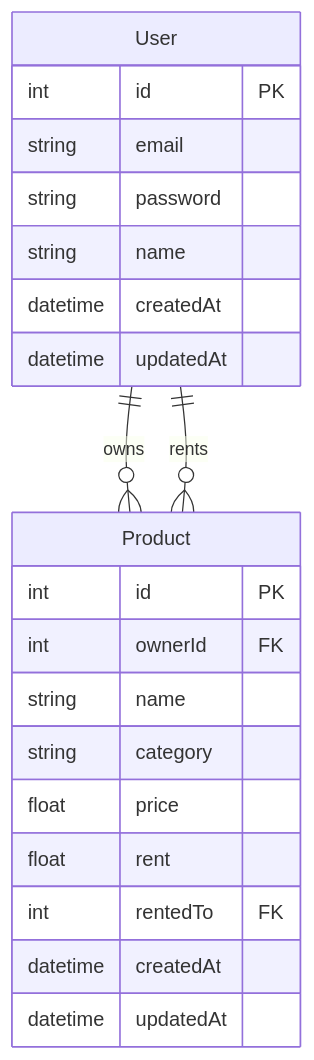
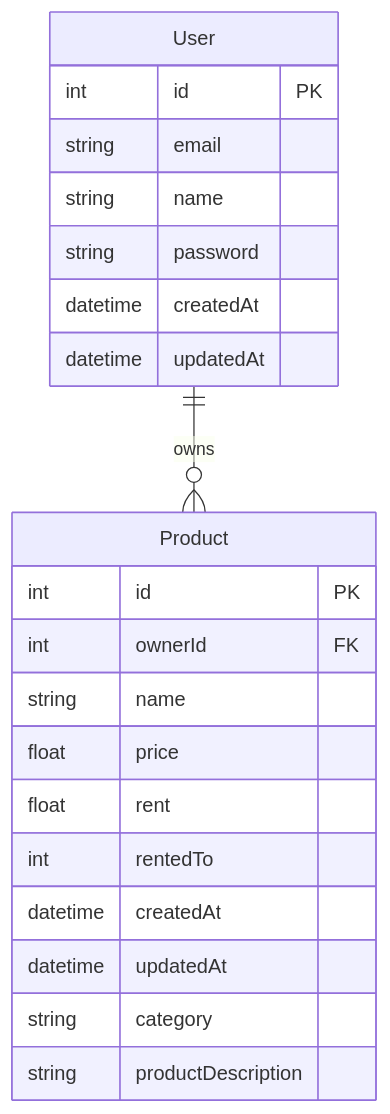
Before and after one commit to FahimFBA/teebay: the diagram in README.md, drawn with Mermaid. The commit also changed other lines of this file, not shown here.

Commit message:
update ERD and add Schema to docs

````diff
--- a/README.md
+++ b/README.md
@@ -183,24 +184,24 @@
 ```mermaid
 erDiagram
     User {
         int id PK
         string email
+        string name
         string password
-        string name
         datetime createdAt
         datetime updatedAt
     }
     Product {
         int id PK
         int ownerId FK
         string name
-        string category
         float price
         float rent
-        int rentedTo FK
+        int rentedTo
         datetime createdAt
         datetime updatedAt
+        string category
+        string productDescription
     }
     User ||--o{ Product : owns
-    User ||--o{ Product : rents
 ```
````
